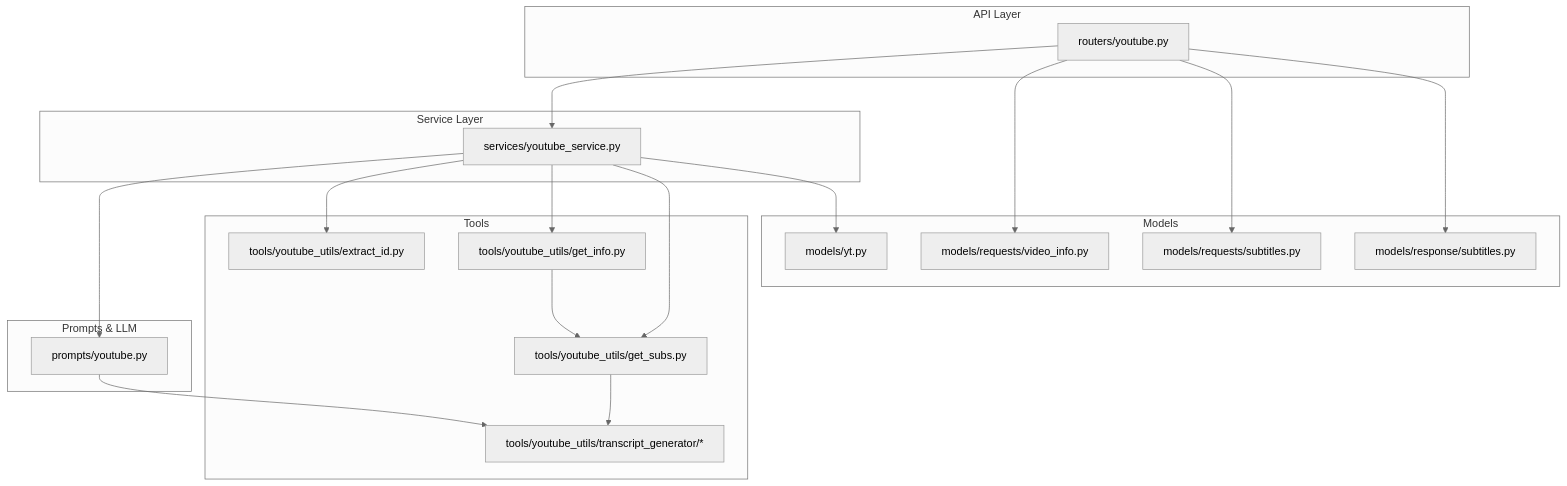
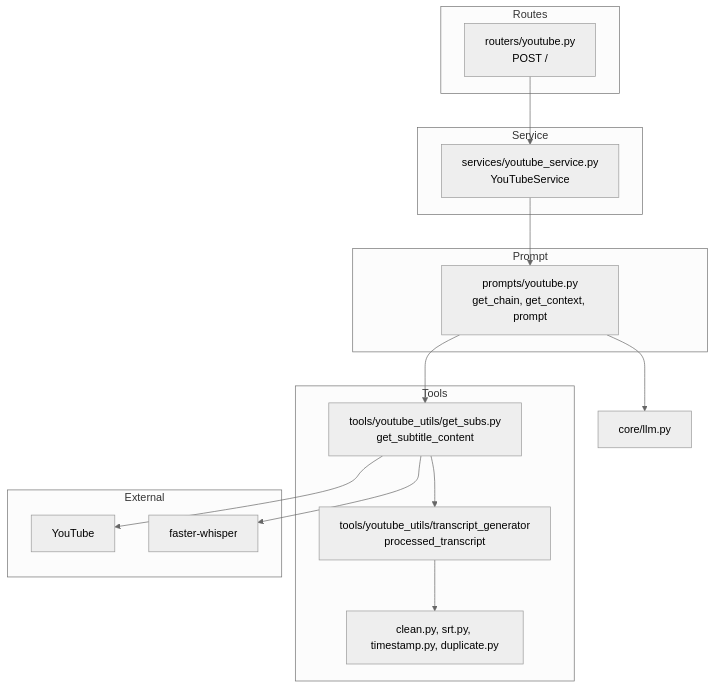
The first of 6 diagrams in src/data/docs/agentic-browser/Service Integrations/YouTube Integration.md (tashifkhan/tashif.codes), drawn with Mermaid (neutral theme) before and after one commit. The commit also changed other lines of this file and 114 other files, not shown here.

````diff
--- a/src/data/docs/agentic-browser/Service Integrations/YouTube Integration.md
+++ b/src/data/docs/agentic-browser/Service Integrations/YouTube Integration.md
@@ -14,36 +19,29 @@
 ```mermaid
 graph TB
-subgraph "API Layer"
-R["routers/youtube.py"]
-end
-subgraph "Service Layer"
-S["services/youtube_service.py"]
-end
-subgraph "Tools"
-U1["tools/youtube_utils/extract_id.py"]
-U2["tools/youtube_utils/get_info.py"]
-U3["tools/youtube_utils/get_subs.py"]
-TG["tools/youtube_utils/transcript_generator/*"]
-end
-subgraph "Prompts & LLM"
-P["prompts/youtube.py"]
-end
-subgraph "Models"
-M1["models/yt.py"]
-M2["models/requests/video_info.py"]
-M3["models/requests/subtitles.py"]
-M4["models/response/subtitles.py"]
-end
-R --> S
-S --> P
-S --> U1
-S --> U2
-S --> U3
-U2 --> U3
-U3 --> TG
-P --> TG
-S --> M1
-R --> M2
-R --> M3
-R --> M4
+  subgraph Routes
+    R["routers/youtube.py<br/>POST /"]
+  end
+  subgraph Service
+    S["services/youtube_service.py<br/>YouTubeService"]
+  end
+  subgraph Prompt
+    P["prompts/youtube.py<br/>get_chain, get_context, prompt"]
+  end
+  subgraph Tools
+    Subs["tools/youtube_utils/get_subs.py<br/>get_subtitle_content"]
+    Gen["tools/youtube_utils/transcript_generator<br/>processed_transcript"]
+    Clean["clean.py, srt.py, timestamp.py, duplicate.py"]
+  end
+  subgraph External
+    YT["YouTube"]
+    Whisper["faster-whisper"]
+  end
+  R --> S
+  S --> P
+  P --> Subs
+  Subs --> YT
+  Subs --> Whisper
+  Subs --> Gen
+  Gen --> Clean
+  P --> LLM["core/llm.py"]
 ```
````
